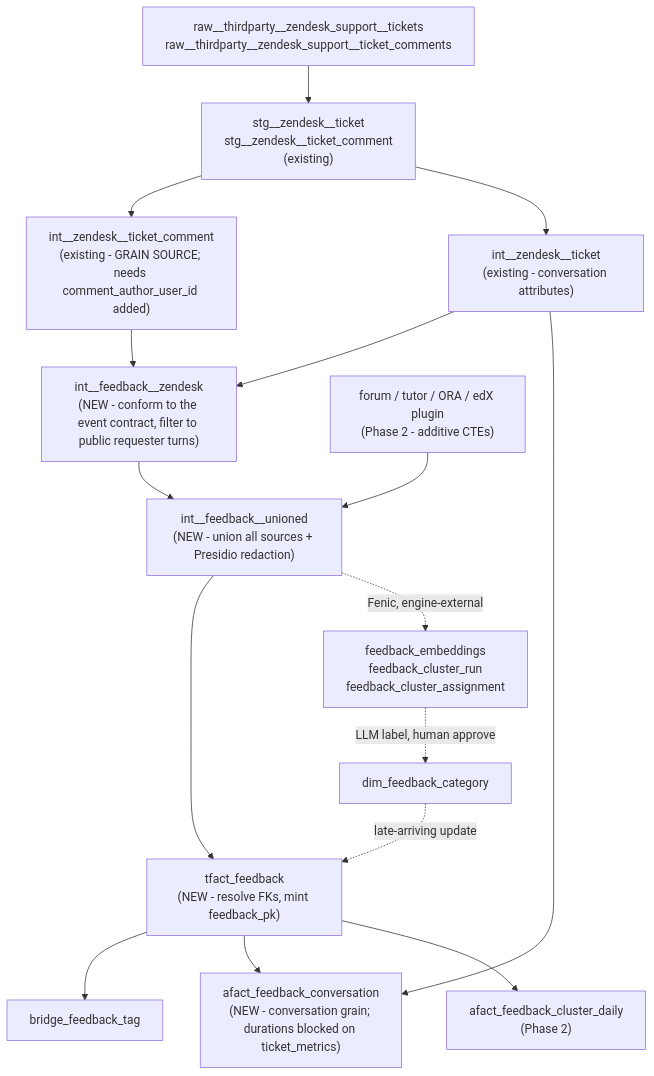
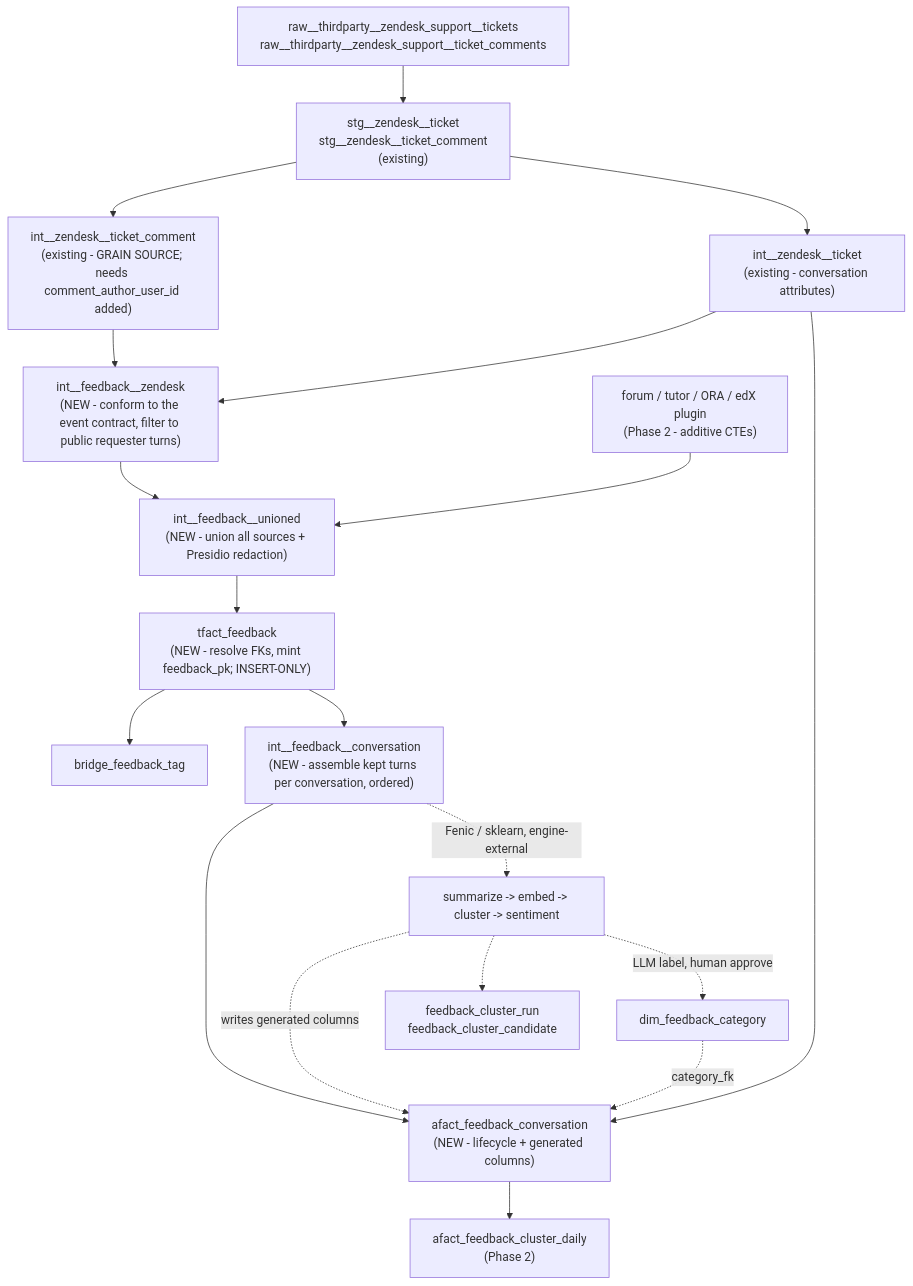
Before and after one commit to mitodl/ol-data-platform: the sixth of 6 diagrams in docs/design/feedback_erd.md, drawn with Mermaid. The commit also changed other lines of this file and 7 other files, not shown here.

````diff
--- a/docs/design/feedback_erd.md
+++ b/docs/design/feedback_erd.md
@@ -378,18 +412,21 @@
 ```mermaid
 flowchart TD
     A["raw__thirdparty__zendesk_support__tickets<br/>raw__thirdparty__zendesk_support__ticket_comments"] --> B["stg__zendesk__ticket<br/>stg__zendesk__ticket_comment<br/>(existing)"]
     B --> C["int__zendesk__ticket_comment<br/>(existing - GRAIN SOURCE; needs comment_author_user_id added)"]
     B --> C2["int__zendesk__ticket<br/>(existing - conversation attributes)"]
     C --> D["int__feedback__zendesk<br/>(NEW - conform to the event contract, filter to public requester turns)"]
     C2 --> D
     D --> E["int__feedback__unioned<br/>(NEW - union all sources + Presidio redaction)"]
-    E --> F["tfact_feedback<br/>(NEW - resolve FKs, mint feedback_pk)"]
+    E --> F["tfact_feedback<br/>(NEW - resolve FKs, mint feedback_pk; INSERT-ONLY)"]
     F --> G["bridge_feedback_tag"]
-    C2 --> H["afact_feedback_conversation<br/>(NEW - conversation grain; durations blocked on ticket_metrics)"]
-    F --> H
-    F --> I["afact_feedback_cluster_daily<br/>(Phase 2)"]
-    E -.->|Fenic, engine-external| J["feedback_embeddings<br/>feedback_cluster_run<br/>feedback_cluster_assignment"]
-    J -.->|LLM label, human approve| K["dim_feedback_category"]
-    K -.->|late-arriving update| F
+    F --> M["int__feedback__conversation<br/>(NEW - assemble kept turns per conversation, ordered)"]
+    C2 --> H["afact_feedback_conversation<br/>(NEW - lifecycle + generated columns)"]
+    M --> H
+    M -.->|Fenic / sklearn, engine-external| N["summarize -> embed -> cluster -> sentiment"]
+    N -.->|writes generated columns| H
+    N -.-> J["feedback_cluster_run<br/>feedback_cluster_candidate"]
+    N -.->|LLM label, human approve| K["dim_feedback_category"]
+    K -.->|category_fk| H
+    H --> I["afact_feedback_cluster_daily<br/>(Phase 2)"]
     L["forum / tutor / ORA / edX plugin<br/>(Phase 2 - additive CTEs)"] --> E
 ```
````
